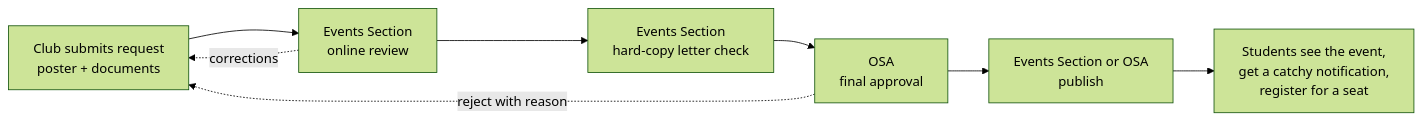
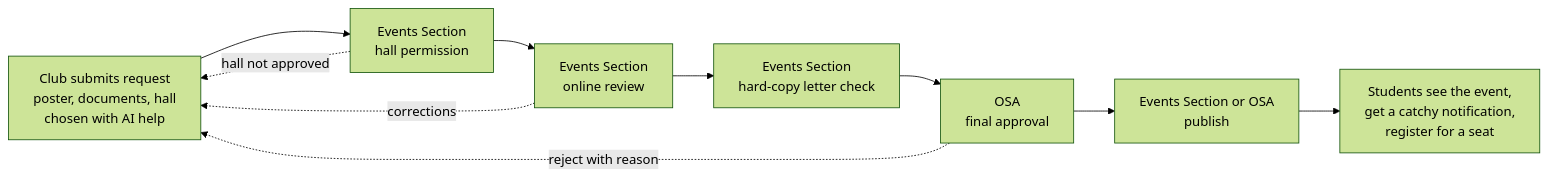
Before and after one commit to shreesanth-78/genesis-campus-e-governance: the first of 4 diagrams in README.md, drawn with Mermaid (forest theme). The commit also changed other lines of this file and 22 other files, not shown here.

First line of the commit message:
feat: hall selection with AI recommendation and hall permission by the Events Section

````diff
--- a/README.md
+++ b/README.md
@@ -28,10 +28,12 @@
 ```mermaid
 flowchart LR
-    A[Club submits request<br/>poster + documents] --> B[Events Section<br/>online review]
+    A[Club submits request<br/>poster, documents, hall<br/>chosen with AI help] --> H[Events Section<br/>hall permission]
+    H --> B[Events Section<br/>online review]
     B --> C[Events Section<br/>hard-copy letter check]
     C --> D[OSA<br/>final approval]
     D --> E[Events Section or OSA<br/>publish]
     E --> F[Students see the event,<br/>get a catchy notification,<br/>register for a seat]
+    H -. hall not approved .-> A
     B -. corrections .-> A
     D -. reject with reason .-> A
 ```
````
